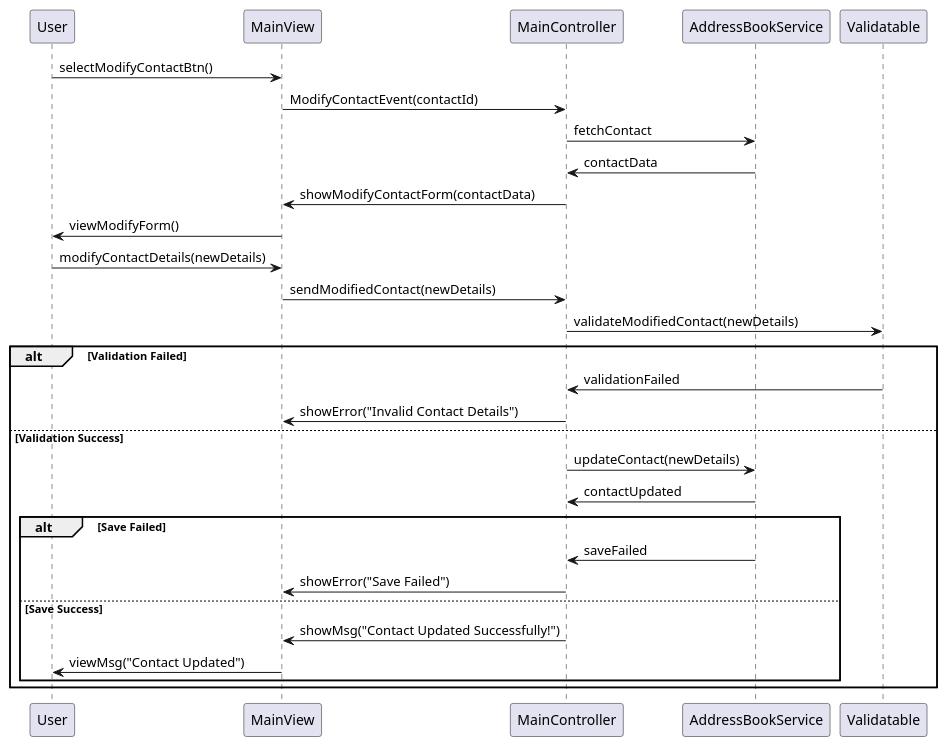
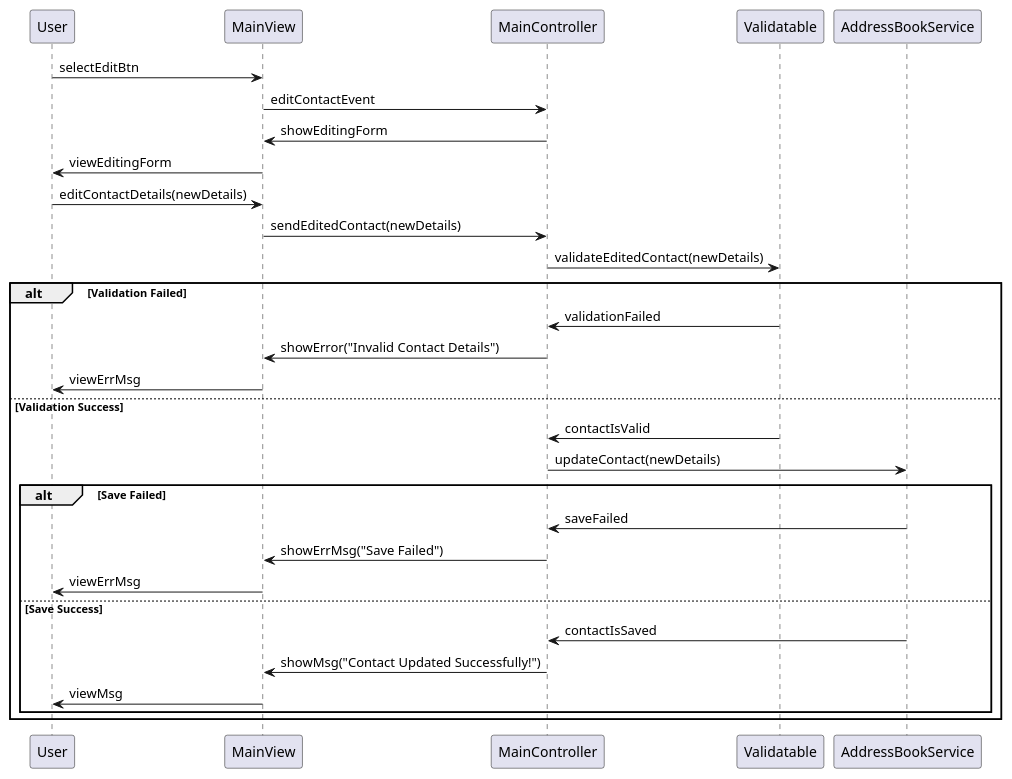
The diagram in SequenceDiagrams/ModifyContactDiagram.puml (francescopeluso/SWE-Project), drawn with PlantUML before and after one commit. The commit also changed 5 other files, not shown here.

Commit message:
aggiornati i diagrammi di sequenza

```diff
--- a/SequenceDiagrams/ModifyContactDiagram.puml
+++ b/SequenceDiagrams/ModifyContactDiagram.puml
@@ -1,30 +1,30 @@
 @startuml
 
-User -> MainView: selectModifyContactBtn()
-MainView -> MainController: ModifyContactEvent(contactId)
-MainController -> AddressBookService: fetchContact
-AddressBookService -> MainController: contactData
-MainController -> MainView: showModifyContactForm(contactData)
-MainView -> User: viewModifyForm()
+User -> MainView: selectEditBtn
+MainView -> MainController: editContactEvent
+MainController -> MainView: showEditingForm
+MainView -> User: viewEditingForm
 
-User -> MainView: modifyContactDetails(newDetails)
-MainView -> MainController: sendModifiedContact(newDetails)
-MainController -> Validatable: validateModifiedContact(newDetails)
+User -> MainView: editContactDetails(newDetails)
+MainView -> MainController: sendEditedContact(newDetails)
+MainController -> Validatable: validateEditedContact(newDetails)
 
 alt Validation Failed
   Validatable -> MainController: validationFailed
   MainController -> MainView: showError("Invalid Contact Details")
+  MainView -> User: viewErrMsg  
 else Validation Success
-  MainController -> AddressBookService: updateContact(newDetails)
-  AddressBookService -> MainController: contactUpdated
-  
-  alt Save Failed
-    AddressBookService -> MainController: saveFailed
-    MainController -> MainView: showError("Save Failed")
-  else Save Success
-    MainController -> MainView: showMsg("Contact Updated Successfully!")
-    MainView -> User: viewMsg("Contact Updated")
-  end
+  Validatable -> MainController: contactIsValid
+  MainController -> AddressBookService: updateContact(newDetails)  
+alt Save Failed
+  AddressBookService -> MainController: saveFailed
+  MainController -> MainView: showErrMsg("Save Failed")
+  MainView -> User: viewErrMsg
+else Save Success
+  AddressBookService -> MainController: contactIsSaved
+  MainController -> MainView: showMsg("Contact Updated Successfully!")
+  MainView -> User: viewMsg
+end
 end
 
 @enduml
```
